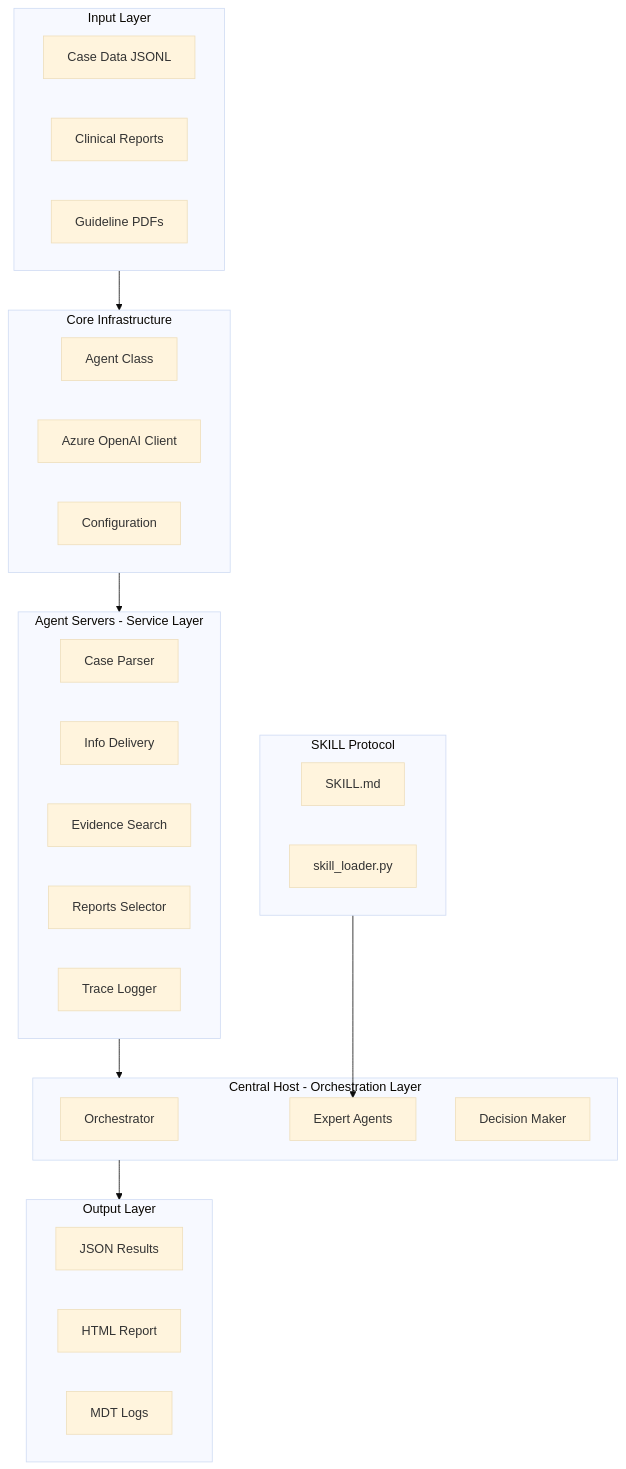
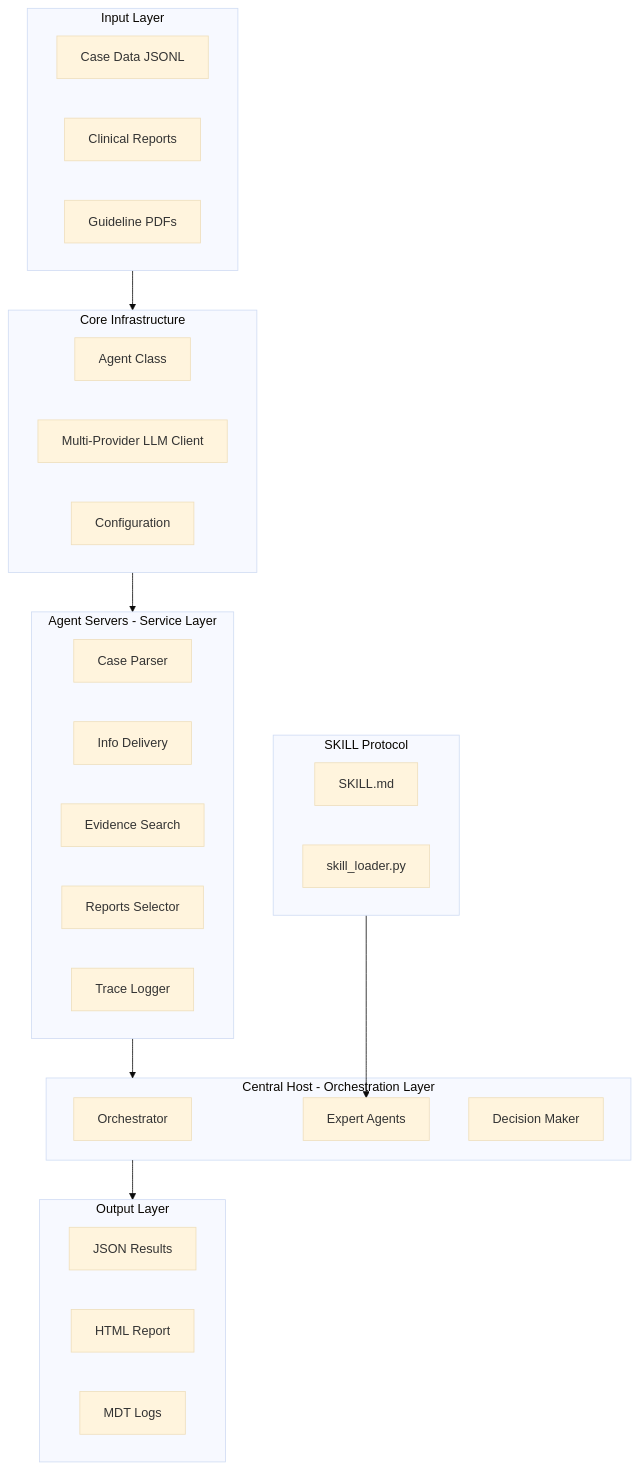
The second of 6 diagrams in README.md (pigudog/OMGs), drawn with Mermaid (base theme) before and after one commit. The commit also changed other lines of this file and 4 other files, not shown here.

````diff
--- a/README.md
+++ b/README.md
@@ -133,45 +133,45 @@
 ```mermaid
 flowchart TB
     subgraph Input [Input Layer]
         CaseData[Case Data JSONL]
         Reports[Clinical Reports]
         Guidelines[Guideline PDFs]
     end
     
     subgraph Core [Core Infrastructure]
         Agent[Agent Class]
-        Client[Azure OpenAI Client]
+        Client[Multi-Provider LLM Client]
         Config[Configuration]
     end
     
     subgraph Servers [Agent Servers - Service Layer]
         CaseParser[Case Parser]
         InfoDelivery[Info Delivery]
         EvidenceSearch[Evidence Search]
         ReportsSelector[Reports Selector]
         Trace[Trace Logger]
     end
     
     subgraph Host [Central Host - Orchestration Layer]
         Orchestrator[Orchestrator]
         Experts[Expert Agents]
         Decision[Decision Maker]
     end
     
     subgraph Skill [SKILL Protocol]
         SkillMD[SKILL.md]
         SkillLoader[skill_loader.py]
     end
     
     subgraph Output [Output Layer]
         JSON[JSON Results]
         HTML[HTML Report]
         Logs[MDT Logs]
     end
     
     Input --> Core
     Core --> Servers
     Servers --> Host
     Skill --> Experts
     Host --> Output
 ```
````
